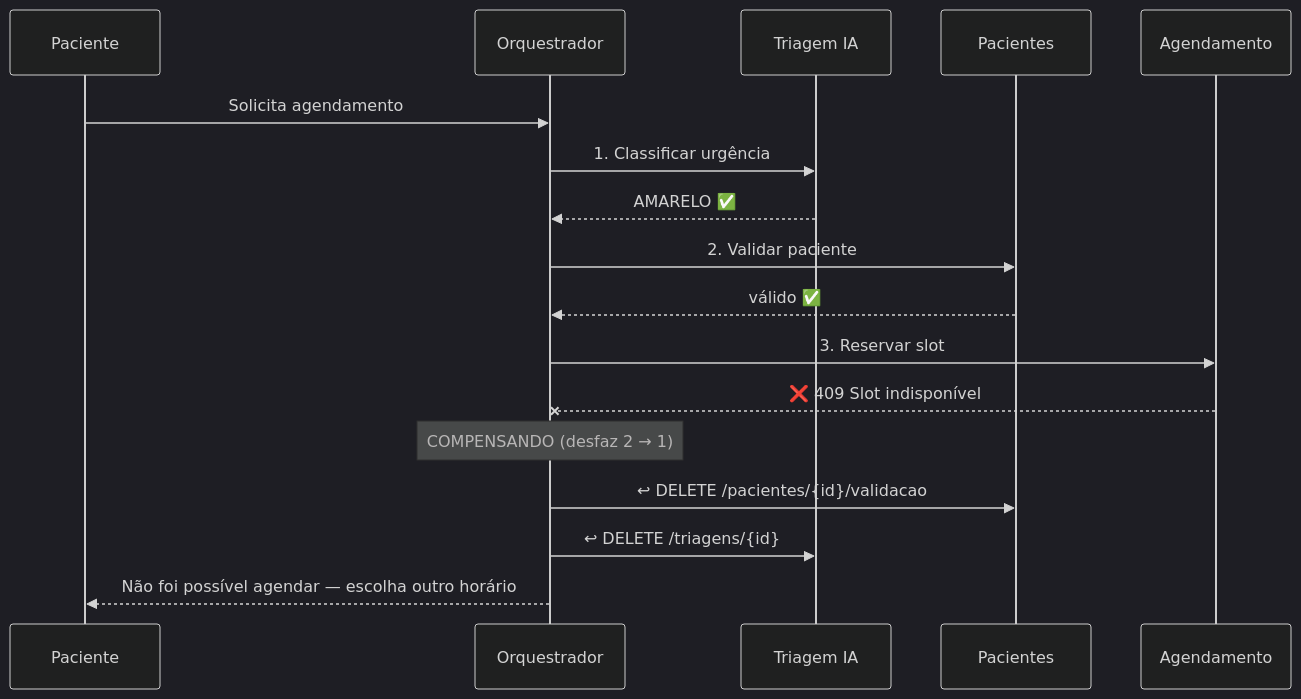
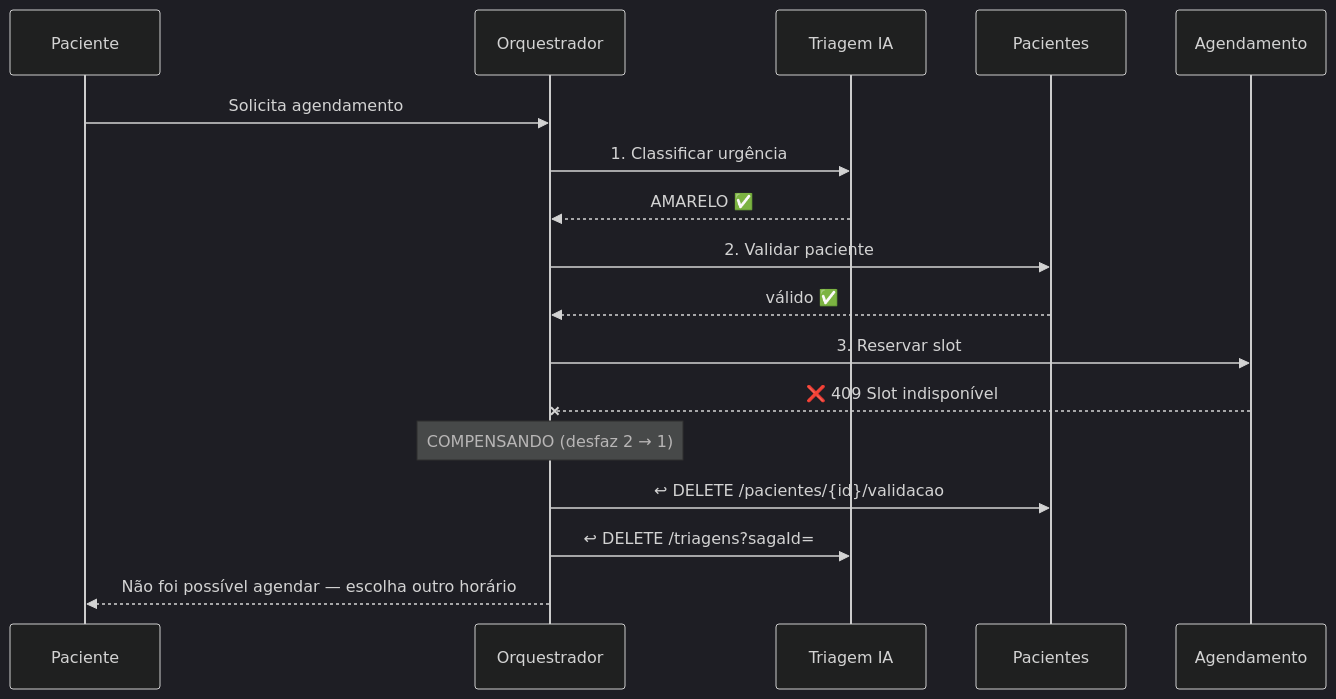
Before and after one commit to multiheros/saude-conecta: the fifth of 6 diagrams in ARCHITECTURE.md, drawn with Mermaid (dark theme). The commit also changed other lines of this file and 13 other files, not shown here.

````diff
--- a/ARCHITECTURE.md
+++ b/ARCHITECTURE.md
@@ -310,20 +311,20 @@
 ```mermaid
 sequenceDiagram
     participant P as Paciente
     participant O as Orquestrador
     participant TR as Triagem IA
     participant PA as Pacientes
     participant AG as Agendamento
 
     P->>O: Solicita agendamento
     O->>TR: 1. Classificar urgência
     TR-->>O: AMARELO ✅
     O->>PA: 2. Validar paciente
     PA-->>O: válido ✅
     O->>AG: 3. Reservar slot
     AG--xO: ❌ 409 Slot indisponível
     Note over O: COMPENSANDO (desfaz 2 → 1)
     O->>PA: ↩ DELETE /pacientes/{id}/validacao
-    O->>TR: ↩ DELETE /triagens/{id}
+    O->>TR: ↩ DELETE /triagens?sagaId=
     O-->>P: Não foi possível agendar — escolha outro horário
 ```
````
